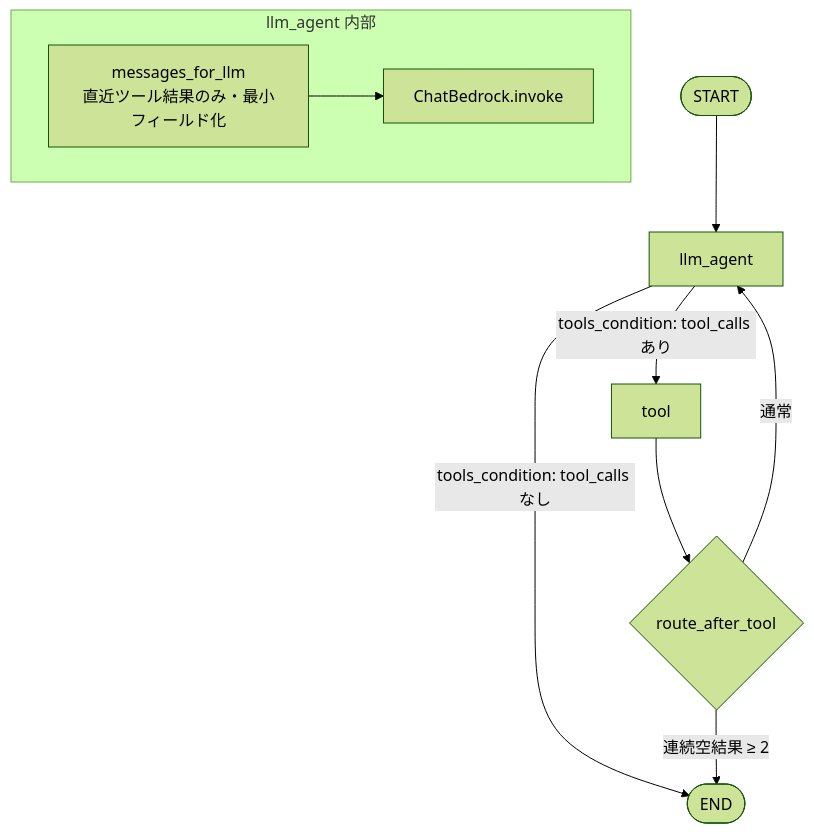
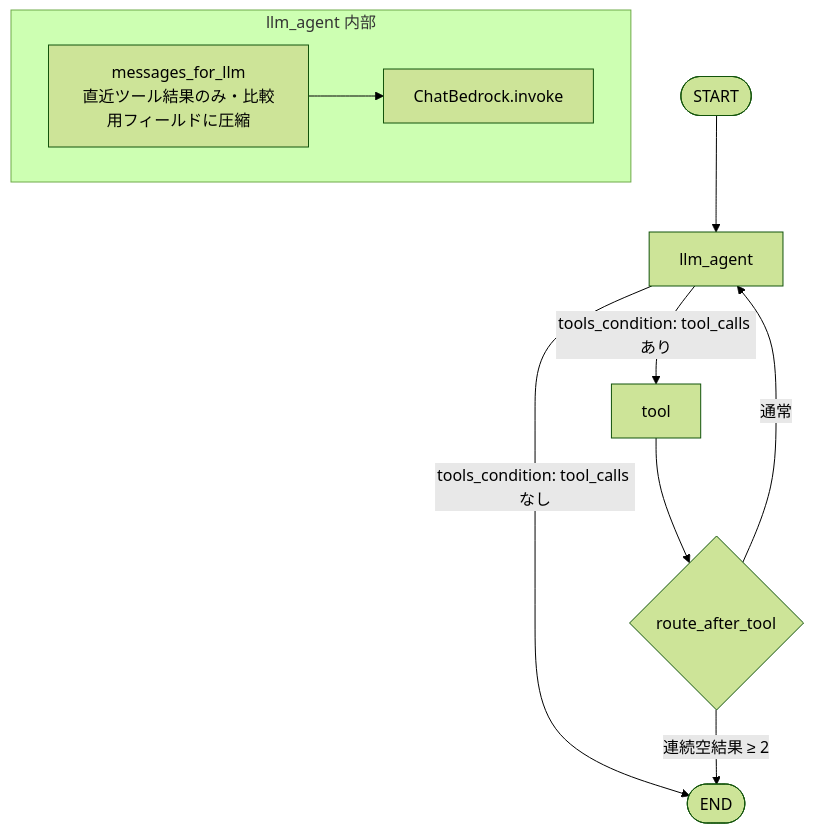
One commit to koichi2426/Shoppie changed the second of 3 diagrams in docs/langgraph-agent.md. Above: the diagram before and after it, drawn with Mermaid (forest theme). The commit also changed other lines of this file and 12 other files, not shown here.

````diff
--- a/docs/langgraph-agent.md
+++ b/docs/langgraph-agent.md
@@ -72,15 +72,15 @@
 ```mermaid
 flowchart TD
     START([START]) --> LLM[llm_agent]
     LLM -->|tools_condition: tool_calls あり| TOOL[tool]
     LLM -->|tools_condition: tool_calls なし| END_NODE([END])
     TOOL --> ROUTE{route_after_tool}
     ROUTE -->|通常| LLM
     ROUTE -->|連続空結果 ≥ 2| END_NODE
 
     subgraph LLM内部["llm_agent 内部"]
-        COMPACT[messages_for_llm<br/>直近ツール結果のみ・最小フィールド化]
+        COMPACT[messages_for_llm<br/>直近ツール結果のみ・比較用フィールドに圧縮]
         BEDROCK[ChatBedrock.invoke]
         COMPACT --> BEDROCK
     end
 ```
````
